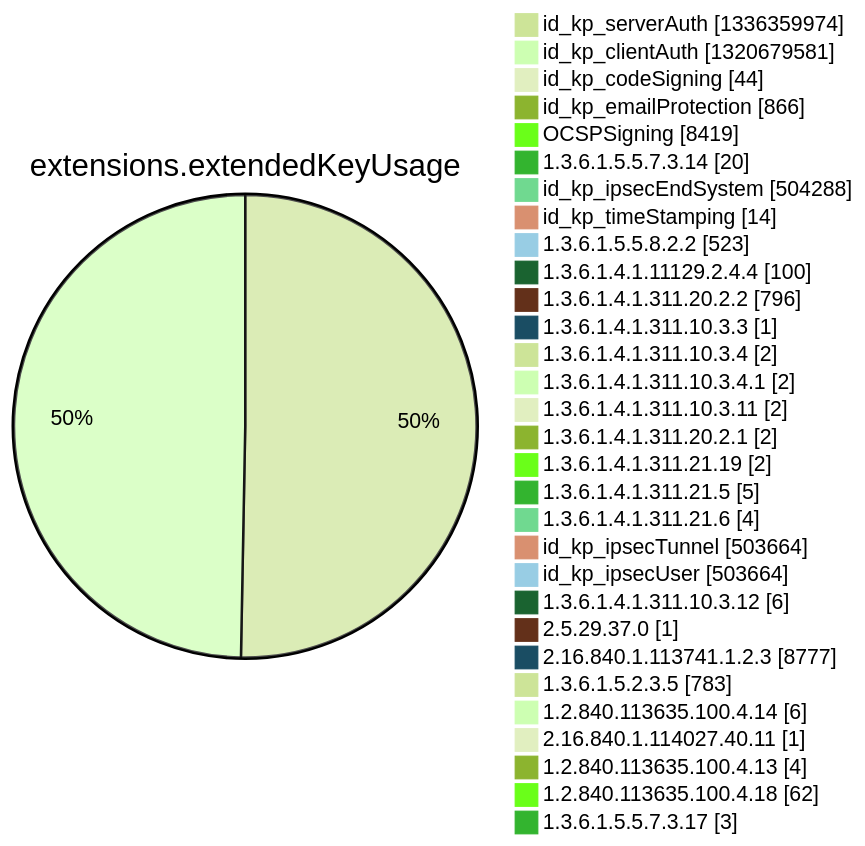
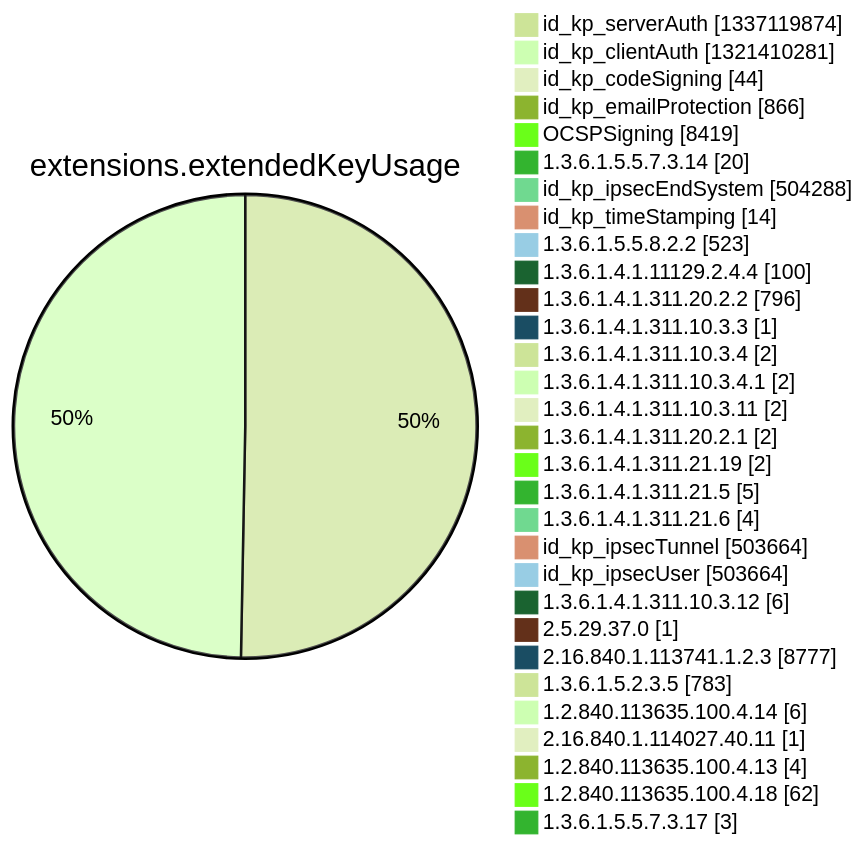
Diagram 12 of 15 in argon2022/README.md (christiankrug/ctmonitor_visualization), drawn with Mermaid (forest theme) before and after one commit. The commit also changed other lines of this file, not shown here.

````diff
--- a/argon2022/README.md
+++ b/argon2022/README.md
@@ -3553,34 +3553,34 @@
 ```mermaid
 pie showData
 title extensions.extendedKeyUsage
-"id_kp_serverAuth" :1336359974
-"id_kp_clientAuth" :1320679581
+"id_kp_serverAuth" :1337119874
+"id_kp_clientAuth" :1321410281
 "id_kp_codeSigning" :44
 "id_kp_emailProtection" :866
 "OCSPSigning" :8419
 "1.3.6.1.5.5.7.3.14" :20
 "id_kp_ipsecEndSystem" :504288
 "id_kp_timeStamping" :14
 "1.3.6.1.5.5.8.2.2" :523
 "1.3.6.1.4.1.11129.2.4.4" :100
 "1.3.6.1.4.1.311.20.2.2" :796
 "1.3.6.1.4.1.311.10.3.3" :1
 "1.3.6.1.4.1.311.10.3.4" :2
 "1.3.6.1.4.1.311.10.3.4.1" :2
 "1.3.6.1.4.1.311.10.3.11" :2
 "1.3.6.1.4.1.311.20.2.1" :2
 "1.3.6.1.4.1.311.21.19" :2
 "1.3.6.1.4.1.311.21.5" :5
 "1.3.6.1.4.1.311.21.6" :4
 "id_kp_ipsecTunnel" :503664
 "id_kp_ipsecUser" :503664
 "1.3.6.1.4.1.311.10.3.12" :6
 "2.5.29.37.0" :1
 "2.16.840.1.113741.1.2.3" :8777
 "1.3.6.1.5.2.3.5" :783
 "1.2.840.113635.100.4.14" :6
 "2.16.840.1.114027.40.11" :1
 "1.2.840.113635.100.4.13" :4
 "1.2.840.113635.100.4.18" :62
 "1.3.6.1.5.5.7.3.17" :3
 ```
````
